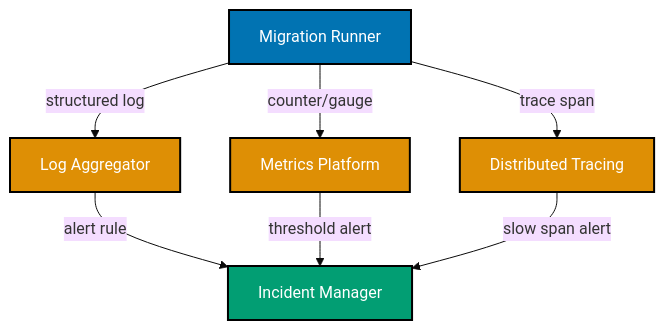
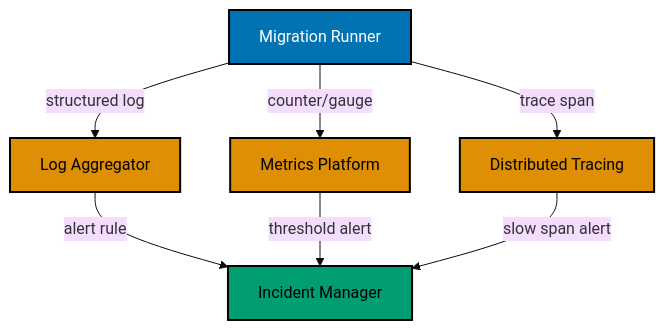
The sixth of 6 diagrams in apps/ayokoding-www/content/en/learn/legacy/software-engineering/data/tools/clojure-migratus/by-example/advanced.md (wahidyankf/ose-public), drawn with Mermaid (base theme) before and after one commit. The commit also changed other lines of this file and 131 other files, not shown here.

First line of the commit message:
fix(mermaid): bring the legacy data, infrastructure, and testing diagrams onto the accessible palette

````diff
--- a/apps/ayokoding-www/content/en/learn/legacy/software-engineering/data/tools/clojure-migratus/by-example/advanced.md
+++ b/apps/ayokoding-www/content/en/learn/legacy/software-engineering/data/tools/clojure-migratus/by-example/advanced.md
@@ -1462,17 +1496,23 @@
 ```mermaid
 %% Color Palette: Blue #0173B2, Orange #DE8F05, Teal #029E73, Purple #CC78BC, Brown #CA9161
 %% Migration observability stack
 graph TD
+    accTitle: Example 85: Migration Observability and Alerting
+    accDescr: Graph with 5 nodes and 6 connections. Nodes: Migration Runner, Log Aggregator, Metrics Platform, Distributed Tracing, Incident Manager. Connections: Migration Runner to Log Aggregator (structured log), Migration Runner to Metrics Platform (counter/gauge), Migration Runner to Distributed Tracing (trace span), Log Aggregator to Incident Manager (alert rule), Metrics Platform to Incident Manager (threshold alert), Distributed Tracing to Incident Manager (slow span alert).
     A[Migration Runner] -->|structured log| B[Log Aggregator]
     A -->|counter/gauge| C[Metrics Platform]
     A -->|trace span| D[Distributed Tracing]
     B -->|alert rule| E[Incident Manager]
     C -->|threshold alert| E
     D -->|slow span alert| E
 
-    style A fill:#0173B2,stroke:#000000,color:#FFFFFF,stroke-width:2px
-    style B fill:#DE8F05,stroke:#000000,color:#FFFFFF,stroke-width:2px
-    style C fill:#DE8F05,stroke:#000000,color:#FFFFFF,stroke-width:2px
-    style D fill:#DE8F05,stroke:#000000,color:#FFFFFF,stroke-width:2px
-    style E fill:#029E73,stroke:#000000,color:#FFFFFF,stroke-width:2px
+    classDef pal-0173B2 fill:#0173B2,stroke:#000000,color:#FFFFFF,stroke-width:2px
+    class A pal-0173B2
+    classDef pal-DE8F05 fill:#DE8F05,stroke:#000000,color:#000000,stroke-width:2px
+    class B pal-DE8F05
+    class C pal-DE8F05
+    class D pal-DE8F05
+    classDef pal-029E73 fill:#029E73,stroke:#000000,color:#000000,stroke-width:2px
+    class E pal-029E73
+    classDef default fill:#FFFFFF,stroke:#000000,color:#000000
 ```
````
